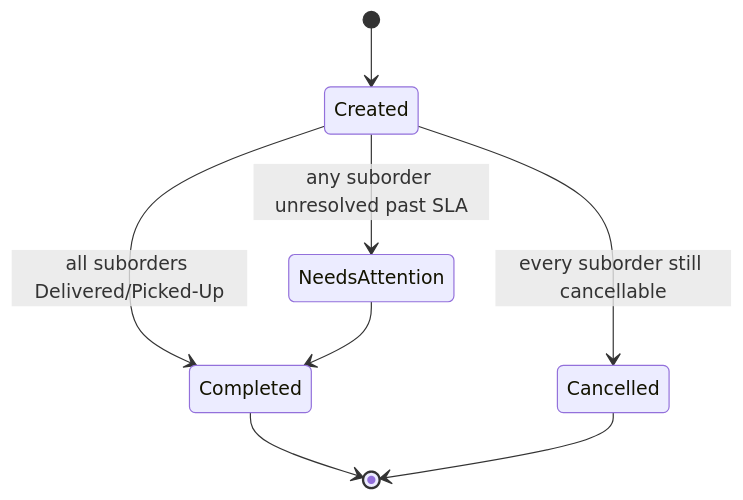
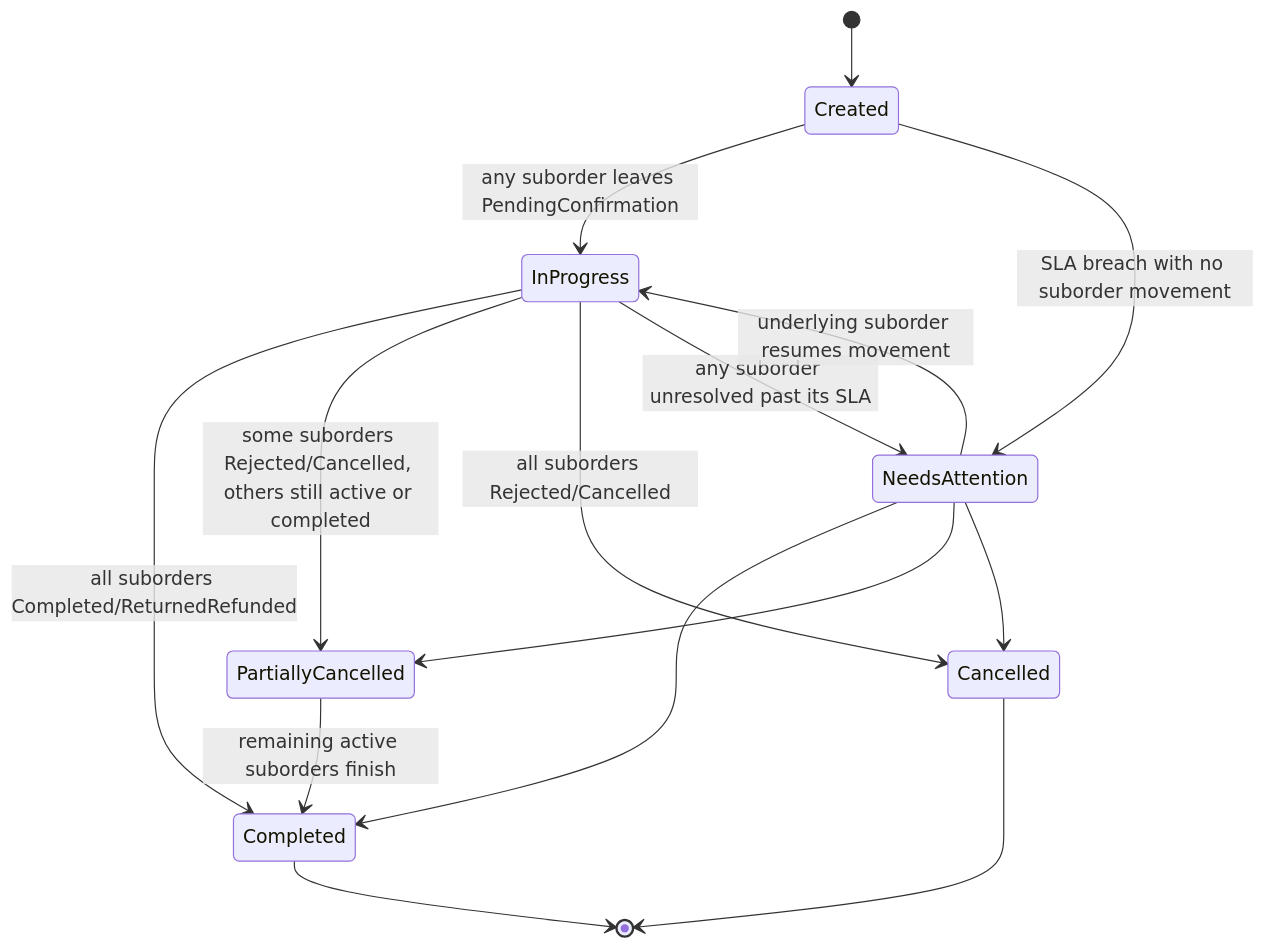
Before and after one commit to FINALTALA/FINALPRO: the second of 6 diagrams in docs/srs/02-functional-requirements.md, drawn with Mermaid. The commit also changed other lines of this file, not shown here.

````diff
--- a/docs/srs/02-functional-requirements.md
+++ b/docs/srs/02-functional-requirements.md
@@ -221,10 +256,17 @@
 ```mermaid
 stateDiagram-v2
     [*] --> Created
-    Created --> Completed: all suborders Delivered/Picked-Up
-    Created --> NeedsAttention: any suborder unresolved past SLA
-    Created --> Cancelled: every suborder still cancellable
+    Created --> InProgress: any suborder leaves PendingConfirmation
+    Created --> NeedsAttention: SLA breach with no suborder movement
+    InProgress --> Completed: all suborders Completed/ReturnedRefunded
+    InProgress --> PartiallyCancelled: some suborders Rejected/Cancelled, others still active or completed
+    InProgress --> Cancelled: all suborders Rejected/Cancelled
+    InProgress --> NeedsAttention: any suborder unresolved past its SLA
+    NeedsAttention --> InProgress: underlying suborder resumes movement
     NeedsAttention --> Completed
+    NeedsAttention --> PartiallyCancelled
+    NeedsAttention --> Cancelled
+    PartiallyCancelled --> Completed: remaining active suborders finish
     Completed --> [*]
     Cancelled --> [*]
 ```
````
